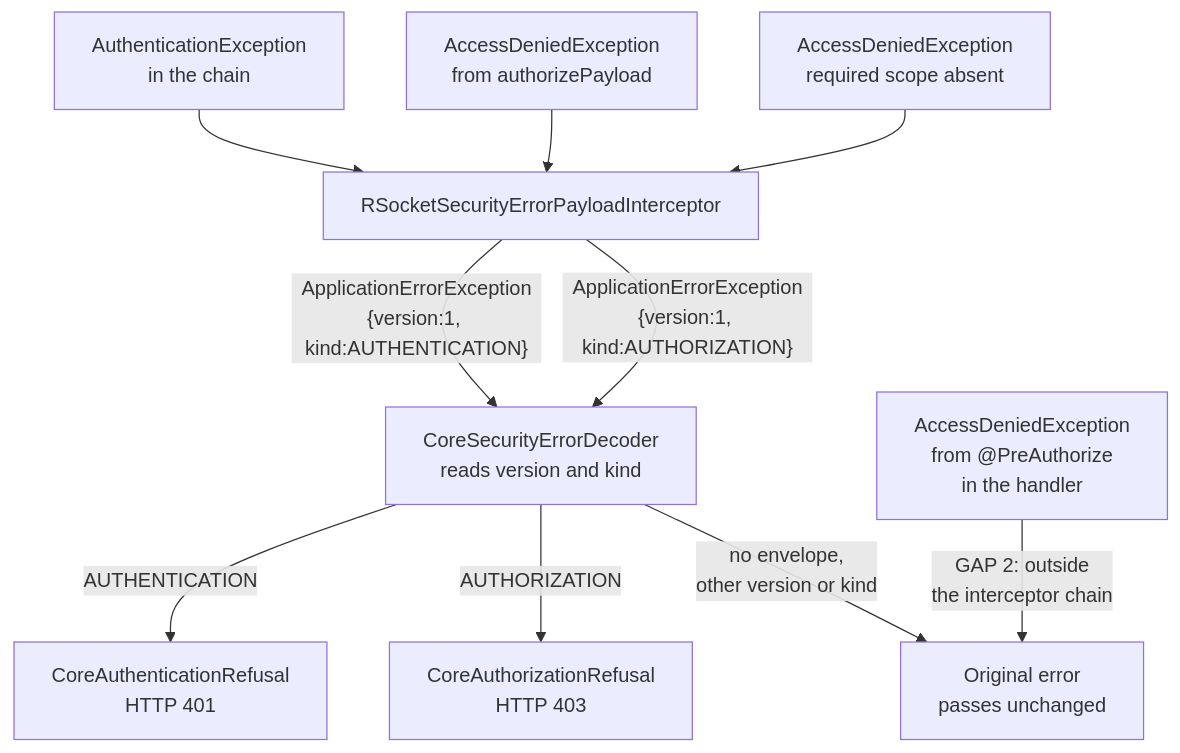
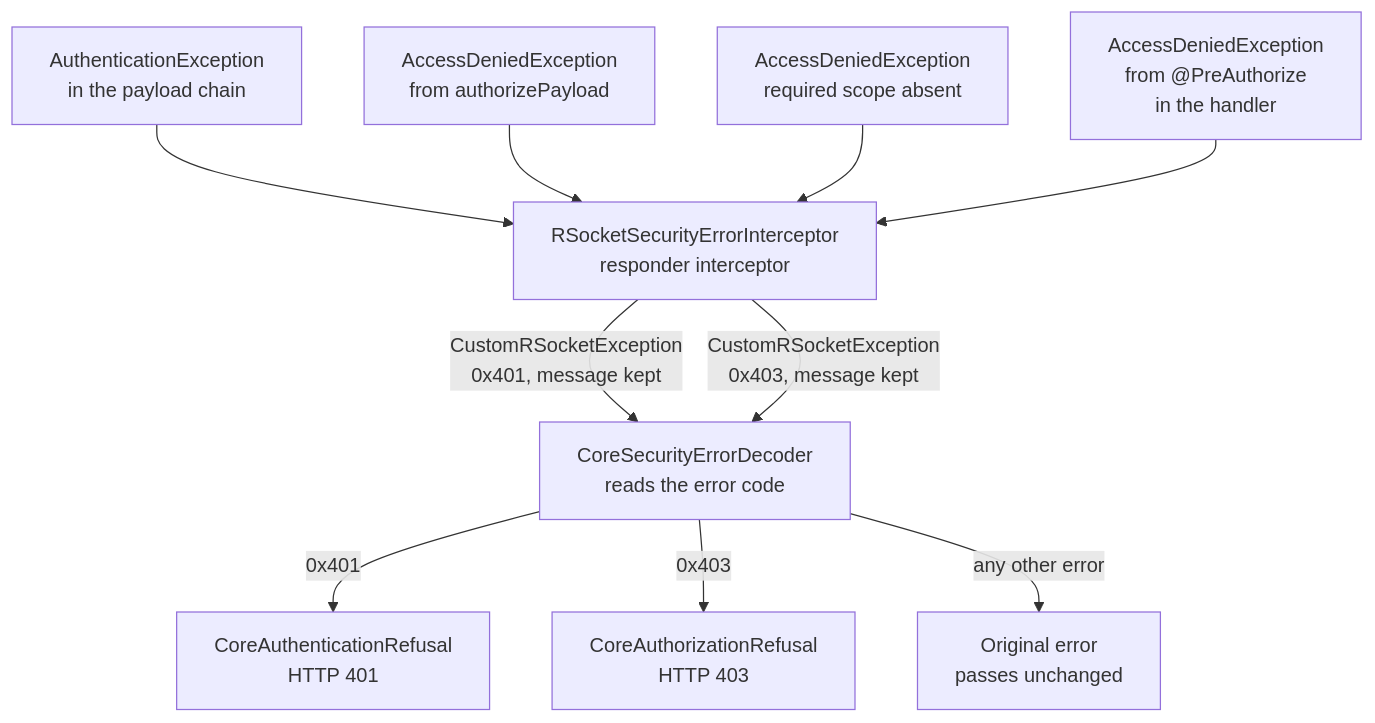
One commit to marios-code-path/demo-chat changed the third of 6 diagrams in docs/REST-TOKEN-RELAY.md. Above: the diagram before and after it, drawn with Mermaid. The commit also changed other lines of this file and 18 other files, not shown here.

First line of the commit message:
Send core security refusals as RSocket error codes (CHAT-mpjtnpqv)

````diff
--- a/docs/REST-TOKEN-RELAY.md
+++ b/docs/REST-TOKEN-RELAY.md
@@ -109,15 +114,14 @@
 ```mermaid
 flowchart TD
-    E1["AuthenticationException<br/>in the chain"] --> EI
+    E1["AuthenticationException<br/>in the payload chain"] --> EI
     E2["AccessDeniedException<br/>from authorizePayload"] --> EI
     E3["AccessDeniedException<br/>required scope absent"] --> EI
-    EI["RSocketSecurityErrorPayloadInterceptor"]
-    EI -->|"ApplicationErrorException<br/>{version:1, kind:AUTHENTICATION}"| D
-    EI -->|"ApplicationErrorException<br/>{version:1, kind:AUTHORIZATION}"| D
-    D["CoreSecurityErrorDecoder<br/>reads version and kind"]
-    D -->|AUTHENTICATION| R401["CoreAuthenticationRefusal<br/>HTTP 401"]
-    D -->|AUTHORIZATION| R403["CoreAuthorizationRefusal<br/>HTTP 403"]
-    D -->|"no envelope,<br/>other version or kind"| RAW["Original error<br/>passes unchanged"]
-
-    H["AccessDeniedException<br/>from @PreAuthorize<br/>in the handler"] -->|"GAP 2: outside<br/>the interceptor chain"| RAW
+    H["AccessDeniedException<br/>from @PreAuthorize<br/>in the handler"] --> EI
+    EI["RSocketSecurityErrorInterceptor<br/>responder interceptor"]
+    EI -->|"CustomRSocketException<br/>0x401, message kept"| D
+    EI -->|"CustomRSocketException<br/>0x403, message kept"| D
+    D["CoreSecurityErrorDecoder<br/>reads the error code"]
+    D -->|0x401| R401["CoreAuthenticationRefusal<br/>HTTP 401"]
+    D -->|0x403| R403["CoreAuthorizationRefusal<br/>HTTP 403"]
+    D -->|"any other error"| RAW["Original error<br/>passes unchanged"]
 ```
````
